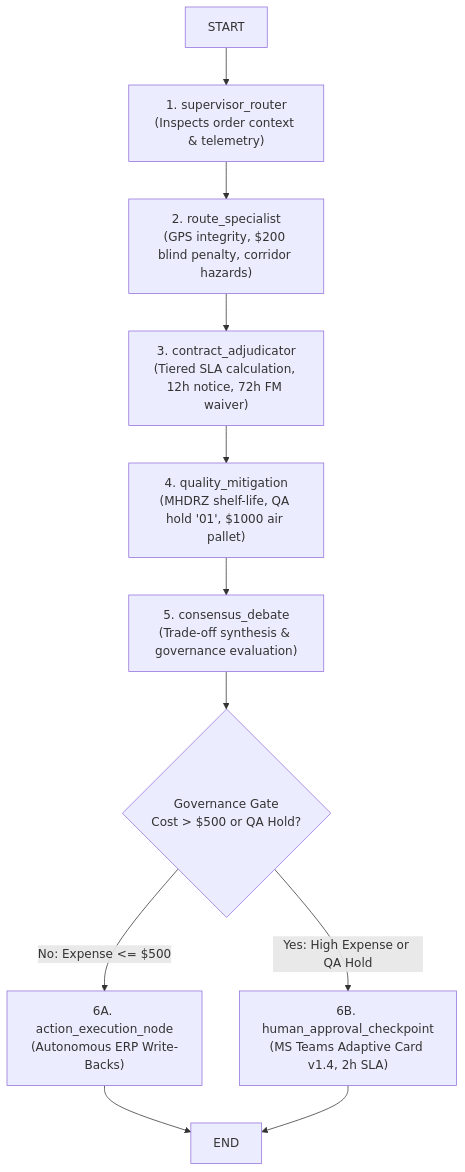
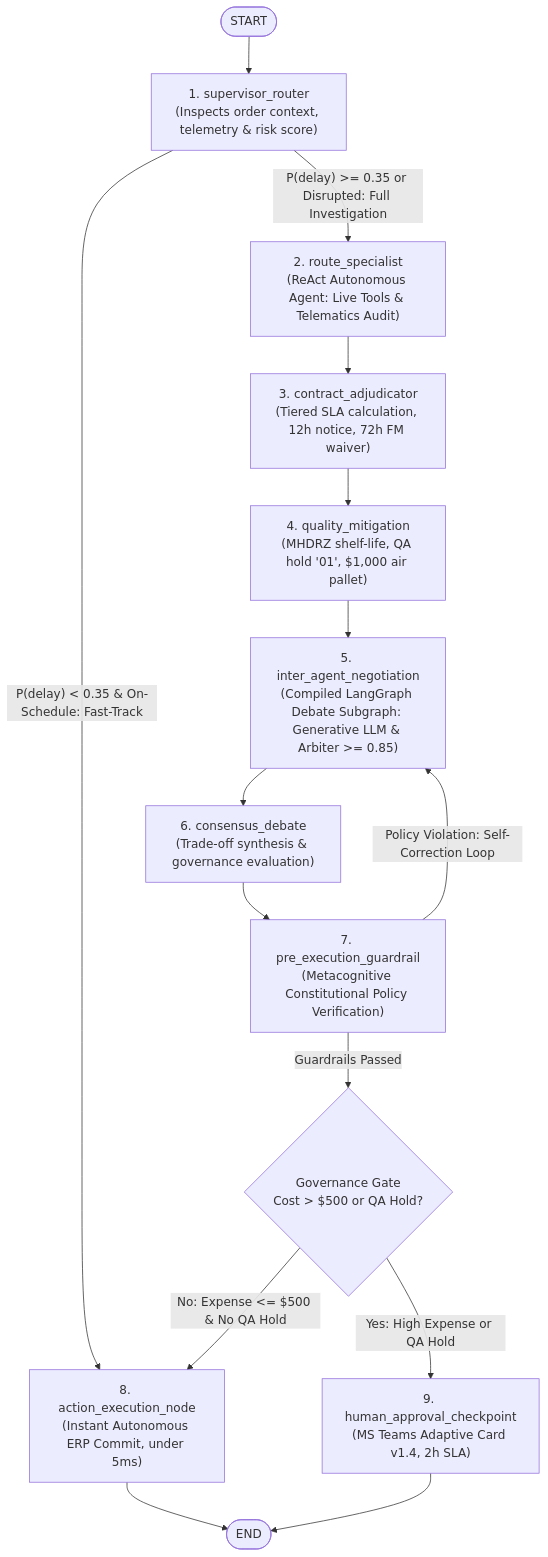
Before and after one commit to Az-har/O2C_AI: the fourth of 4 diagrams in O2C_AI_ENTERPRISE_ARCHITECTURE_AND_BUSINESS_GUIDE.md, drawn with Mermaid. The commit also changed other lines of this file and 65 other files, not shown here.

````diff
--- a/O2C_AI_ENTERPRISE_ARCHITECTURE_AND_BUSINESS_GUIDE.md
+++ b/O2C_AI_ENTERPRISE_ARCHITECTURE_AND_BUSINESS_GUIDE.md
@@ -329,16 +384,22 @@
 ```mermaid
 graph TD
-    START --> Node1["1. supervisor_router<br/>(Inspects order context & telemetry)"]
-    Node1 --> Node2["2. route_specialist<br/>(GPS integrity, $200 blind penalty, corridor hazards)"]
+    startNode(["START"]) --> Node1["1. supervisor_router<br/>(Inspects order context, telemetry & risk score)"]
+    
+    Node1 -->|"P(delay) < 0.35 & On-Schedule: Fast-Track"| Node8["8. action_execution_node<br/>(Instant Autonomous ERP Commit, under 5ms)"]
+    Node1 -->|"P(delay) >= 0.35 or Disrupted: Full Investigation"| Node2["2. route_specialist<br/>(ReAct Autonomous Agent: Live Tools & Telematics Audit)"]
+    
     Node2 --> Node3["3. contract_adjudicator<br/>(Tiered SLA calculation, 12h notice, 72h FM waiver)"]
-    Node3 --> Node4["4. quality_mitigation<br/>(MHDRZ shelf-life, QA hold '01', $1000 air pallet)"]
-    Node4 --> Node5["5. consensus_debate<br/>(Trade-off synthesis & governance evaluation)"]
+    Node3 --> Node4["4. quality_mitigation<br/>(MHDRZ shelf-life, QA hold '01', $1,000 air pallet)"]
+    Node4 --> Node5["5. inter_agent_negotiation<br/>(Compiled LangGraph Debate Subgraph: Generative LLM & Arbiter >= 0.85)"]
+    Node5 --> Node6["6. consensus_debate<br/>(Trade-off synthesis & governance evaluation)"]
+    Node6 --> Node7["7. pre_execution_guardrail<br/>(Metacognitive Constitutional Policy Verification)"]
     
-    Node5 --> Check{"Governance Gate<br/>Cost > $500 or QA Hold?"}
+    Node7 -->|"Policy Violation: Self-Correction Loop"| Node5
+    Node7 -->|"Guardrails Passed"| Check{"Governance Gate<br/>Cost > $500 or QA Hold?"}
     
-    Check -->|No: Expense <= $500| Node6A["6A. action_execution_node<br/>(Autonomous ERP Write-Backs)"]
-    Check -->|Yes: High Expense or QA Hold| Node6B["6B. human_approval_checkpoint<br/>(MS Teams Adaptive Card v1.4, 2h SLA)"]
+    Check -->|"No: Expense <= $500 & No QA Hold"| Node8
+    Check -->|"Yes: High Expense or QA Hold"| Node9["9. human_approval_checkpoint<br/>(MS Teams Adaptive Card v1.4, 2h SLA)"]
     
-    Node6A --> END
-    Node6B --> END
+    Node8 --> endNode(["END"])
+    Node9 --> endNode(["END"])
 ```
````
